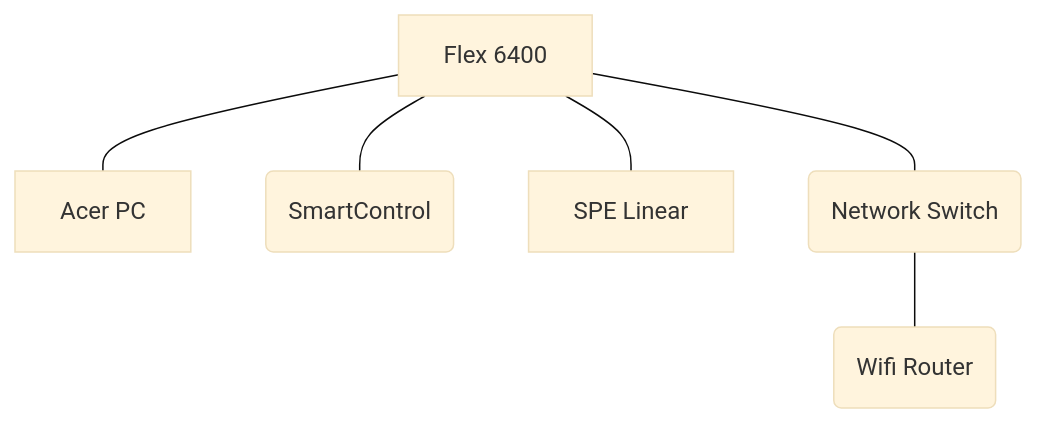
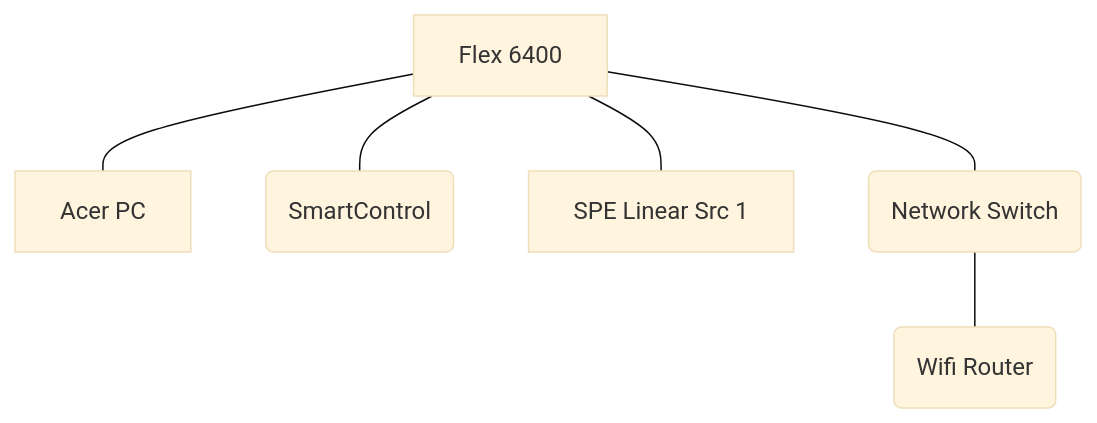
The first of 3 diagrams in src/home-stations.qmd (W3TM/w3tm.github.io), drawn with Mermaid (base theme) before and after one commit. The commit also changed other lines of this file and 27 other files, not shown here.

````diff
--- a/src/home-stations.qmd
+++ b/src/home-stations.qmd
@@ -30,10 +30,10 @@
 ```{mermaid}
 %%| title: "HF-1 Connections"
 %%| fig-cap: "HF-1 Block Diagram"
 flowchart TD
   A[Flex 6400] --- B[Acer PC]
   A --- E(SmartControl)
-  A --- F[SPE Linear]
+  A --- F[SPE Linear Src 1]
   A --- C(Network Switch)
   C --- D(Wifi Router)
 ```
````
